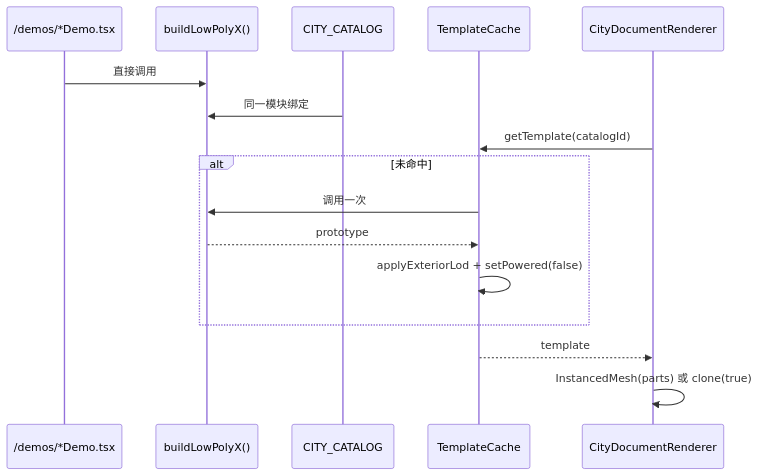
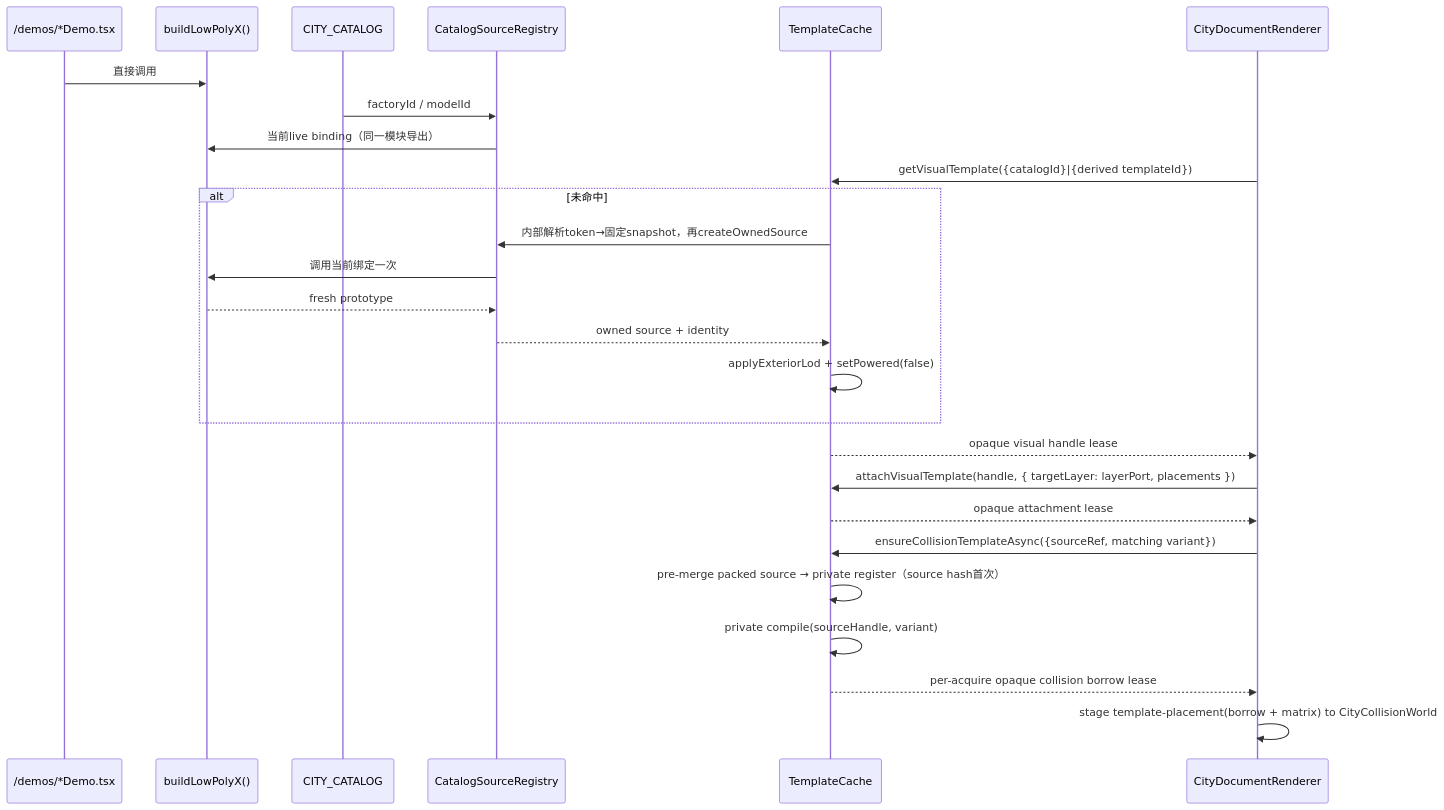
Before and after one commit to boyisterry/game_forest: the second of 3 diagrams in docs/superpowers/specs/2026-08-15-city-map-editor-design.md, drawn with Mermaid. The commit also changed other lines of this file, not shown here.

Commit message:
Refine city map editor collision design

````diff
--- a/docs/superpowers/specs/2026-08-15-city-map-editor-design.md
+++ b/docs/superpowers/specs/2026-08-15-city-map-editor-design.md
@@ -526,19 +1288,29 @@
 ```mermaid
 sequenceDiagram
   participant Demo as /demos/*Demo.tsx
   participant Factory as buildLowPolyX()
   participant Catalog as CITY_CATALOG
+  participant Sources as CatalogSourceRegistry
   participant Cache as TemplateCache
   participant Map as CityDocumentRenderer
 
   Demo->>Factory: 直接调用
-  Catalog->>Factory: 同一模块绑定
-  Map->>Cache: getTemplate(catalogId)
+  Catalog->>Sources: factoryId / modelId
+  Sources->>Factory: 当前live binding（同一模块导出）
+  Map->>Cache: getVisualTemplate({catalogId}|{derived templateId})
   alt 未命中
-    Cache->>Factory: 调用一次
-    Factory-->>Cache: prototype
+    Cache->>Sources: 内部解析token→固定snapshot，再createOwnedSource
+    Sources->>Factory: 调用当前绑定一次
+    Factory-->>Sources: fresh prototype
+    Sources-->>Cache: owned source + identity
     Cache->>Cache: applyExteriorLod + setPowered(false)
   end
-  Cache-->>Map: template
-  Map->>Map: InstancedMesh(parts) 或 clone(true)
+  Cache-->>Map: opaque visual handle lease
+  Map->>Cache: attachVisualTemplate(handle, { targetLayer: layerPort, placements })
+  Cache-->>Map: opaque attachment lease
+  Map->>Cache: ensureCollisionTemplateAsync({sourceRef, matching variant})
+  Cache->>Cache: pre-merge packed source → private register（source hash首次）
+  Cache->>Cache: private compile(sourceHandle, variant)
+  Cache-->>Map: per-acquire opaque collision borrow lease
+  Map->>Map: stage template-placement(borrow + matrix) to CityCollisionWorld
 ```
````
